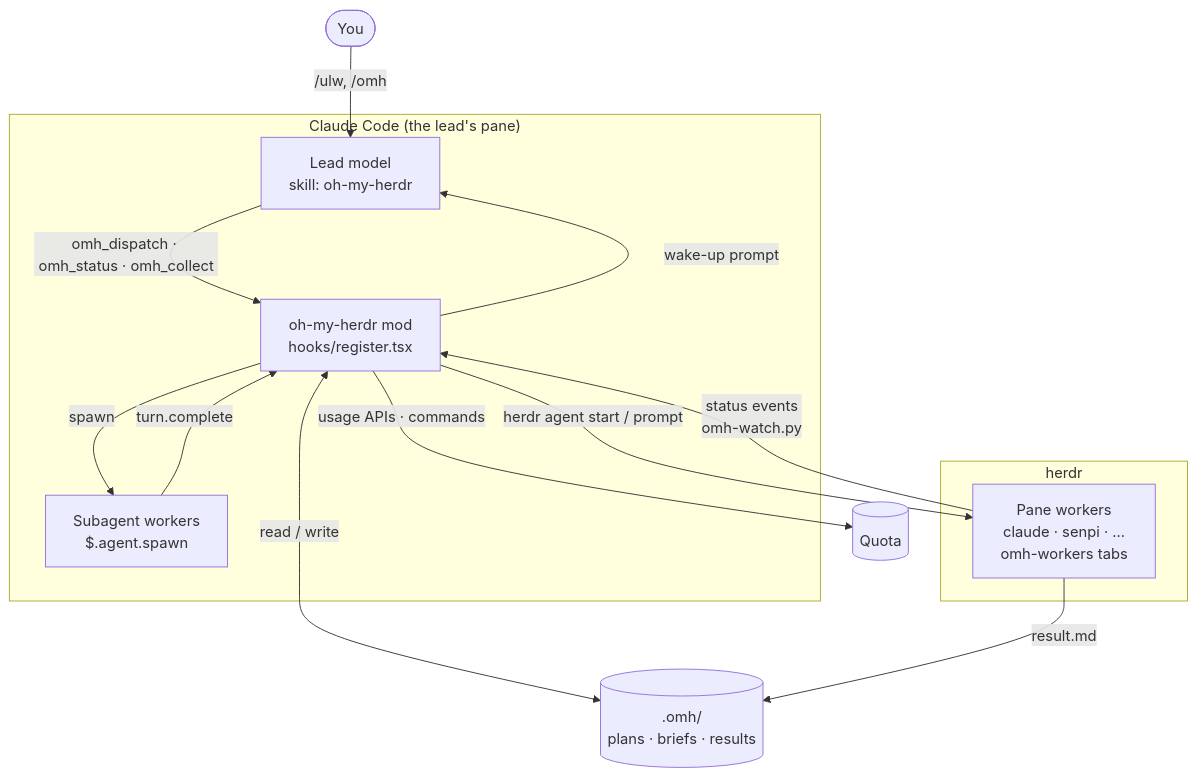
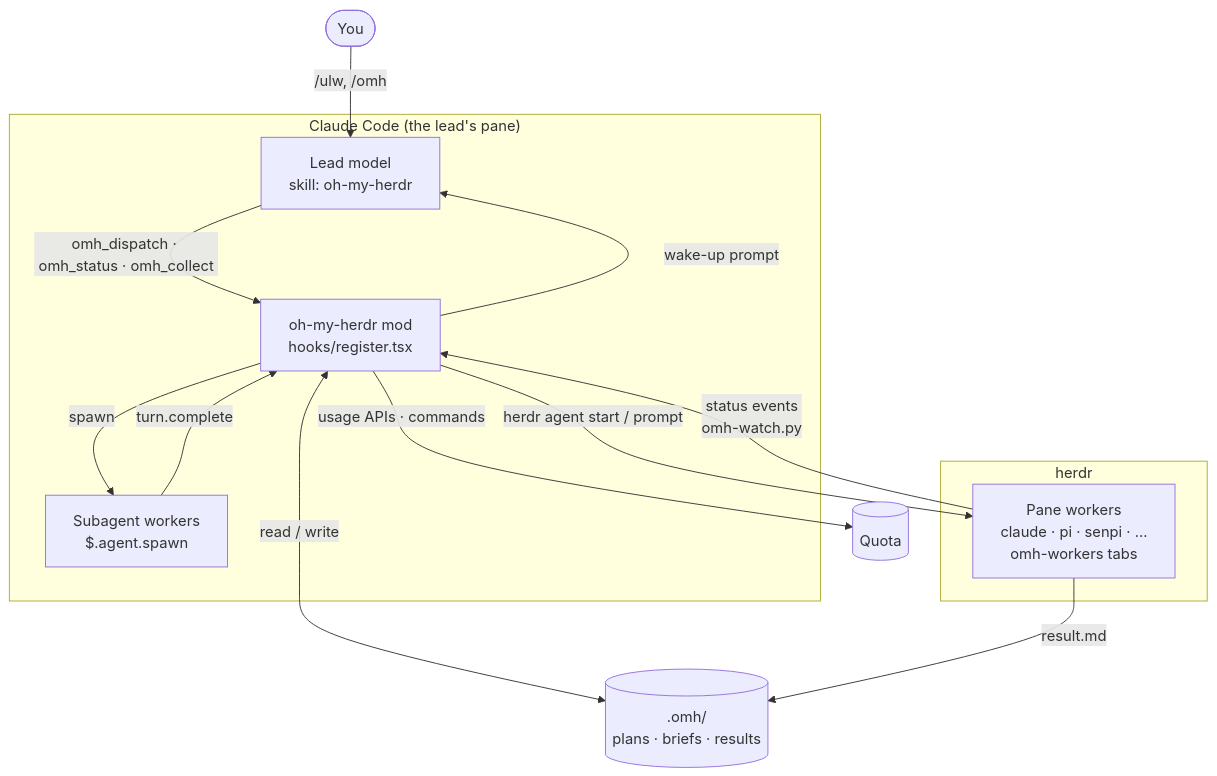
One commit to andyjjrt/oh-my-herdr changed the first of 4 diagrams in docs/architecture.md. Above: the diagram before and after it, drawn with Mermaid. The commit also changed other lines of this file and 18 other files, not shown here.

````diff
--- a/docs/architecture.md
+++ b/docs/architecture.md
@@ -10,21 +10,21 @@
 ```mermaid
 flowchart TB
   user([You]) -->|/ulw, /omh| lead
   subgraph cc["Claude Code (the lead's pane)"]
     lead["Lead model<br/>skill: oh-my-herdr"]
     mod["oh-my-herdr mod<br/>hooks/register.tsx"]
     sub["Subagent workers<br/>$.agent.spawn"]
     lead -->|omh_dispatch · omh_status · omh_collect| mod
     mod -->|wake-up prompt| lead
     mod -->|spawn| sub
     sub -->|turn.complete| mod
   end
   subgraph herdr["herdr"]
-    panes["Pane workers<br/>claude · senpi · …<br/>omh-workers tabs"]
+    panes["Pane workers<br/>claude · pi · senpi · …<br/>omh-workers tabs"]
   end
   mod -->|herdr agent start / prompt| panes
   panes -->|status events<br/>omh-watch.py| mod
   mod <-->|read / write| omh[(".omh/<br/>plans · briefs · results")]
   panes -->|result.md| omh
   mod -->|usage APIs · commands| quota[(Quota)]
 ```
````
